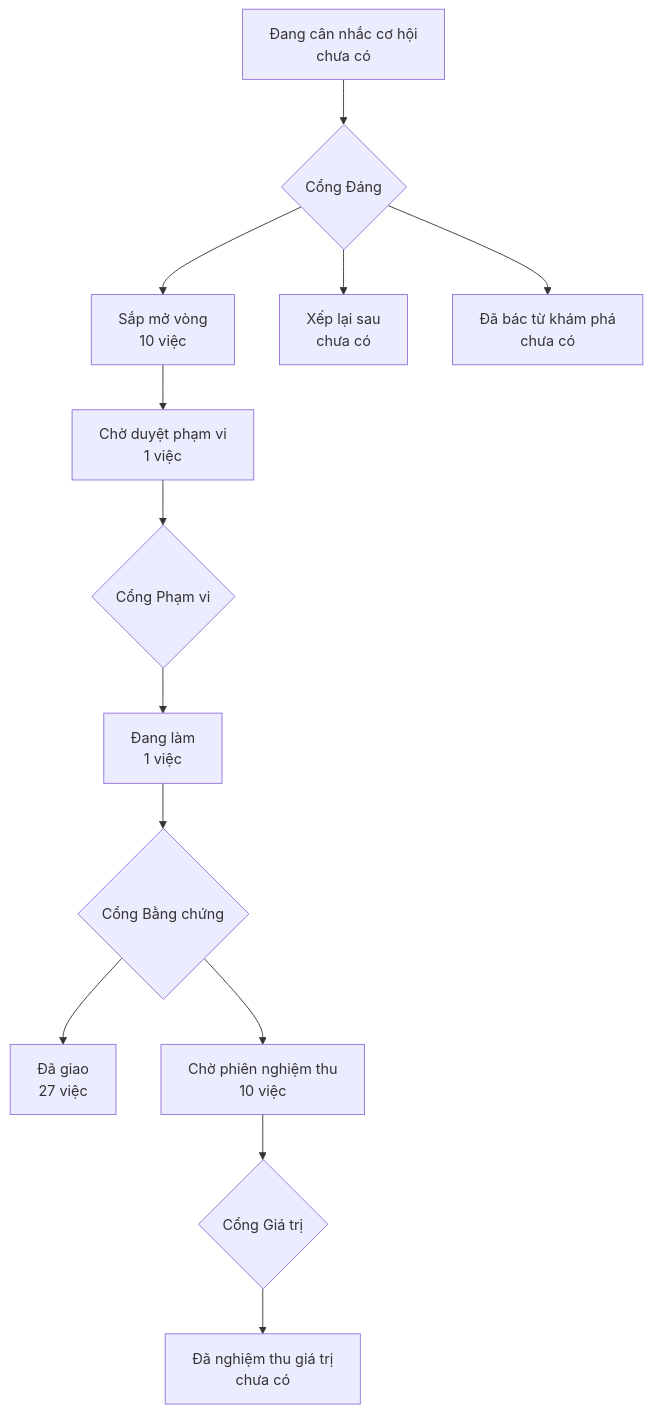
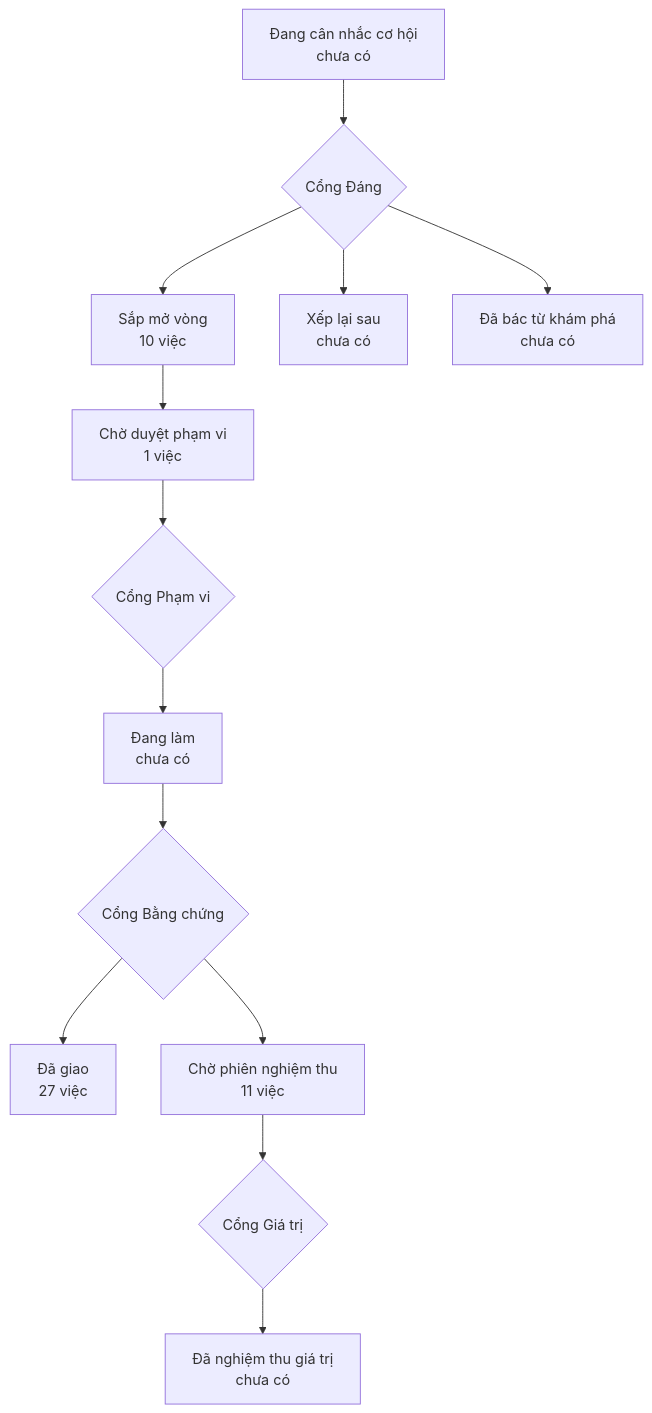
The diagram in PRODUCT-MAP.md (phanlemanh/onehub-invest), drawn with Mermaid before and after one commit. The commit also changed other lines of this file and 4 other files, not shown here.

````diff
--- a/PRODUCT-MAP.md
+++ b/PRODUCT-MAP.md
@@ -7,12 +7,12 @@
 ```mermaid
 flowchart TD
   A["Đang cân nhắc cơ hội<br/>chưa có"] --> GD{"Cổng Đáng"}
   GD --> B["Sắp mở vòng<br/>10 việc"]
   GD --> XL["Xếp lại sau<br/>chưa có"]
   GD --> DB["Đã bác từ khám phá<br/>chưa có"]
   B --> CD["Chờ duyệt phạm vi<br/>1 việc"] --> GP{"Cổng Phạm vi"}
-  GP --> DL["Đang làm<br/>1 việc"] --> GB{"Cổng Bằng chứng"}
+  GP --> DL["Đang làm<br/>chưa có"] --> GB{"Cổng Bằng chứng"}
   GB --> DG["Đã giao<br/>27 việc"]
-  GB --> CN["Chờ phiên nghiệm thu<br/>10 việc"] --> GG{"Cổng Giá trị"}
+  GB --> CN["Chờ phiên nghiệm thu<br/>11 việc"] --> GG{"Cổng Giá trị"}
   GG --> NT["Đã nghiệm thu giá trị<br/>chưa có"]
 ```
````
